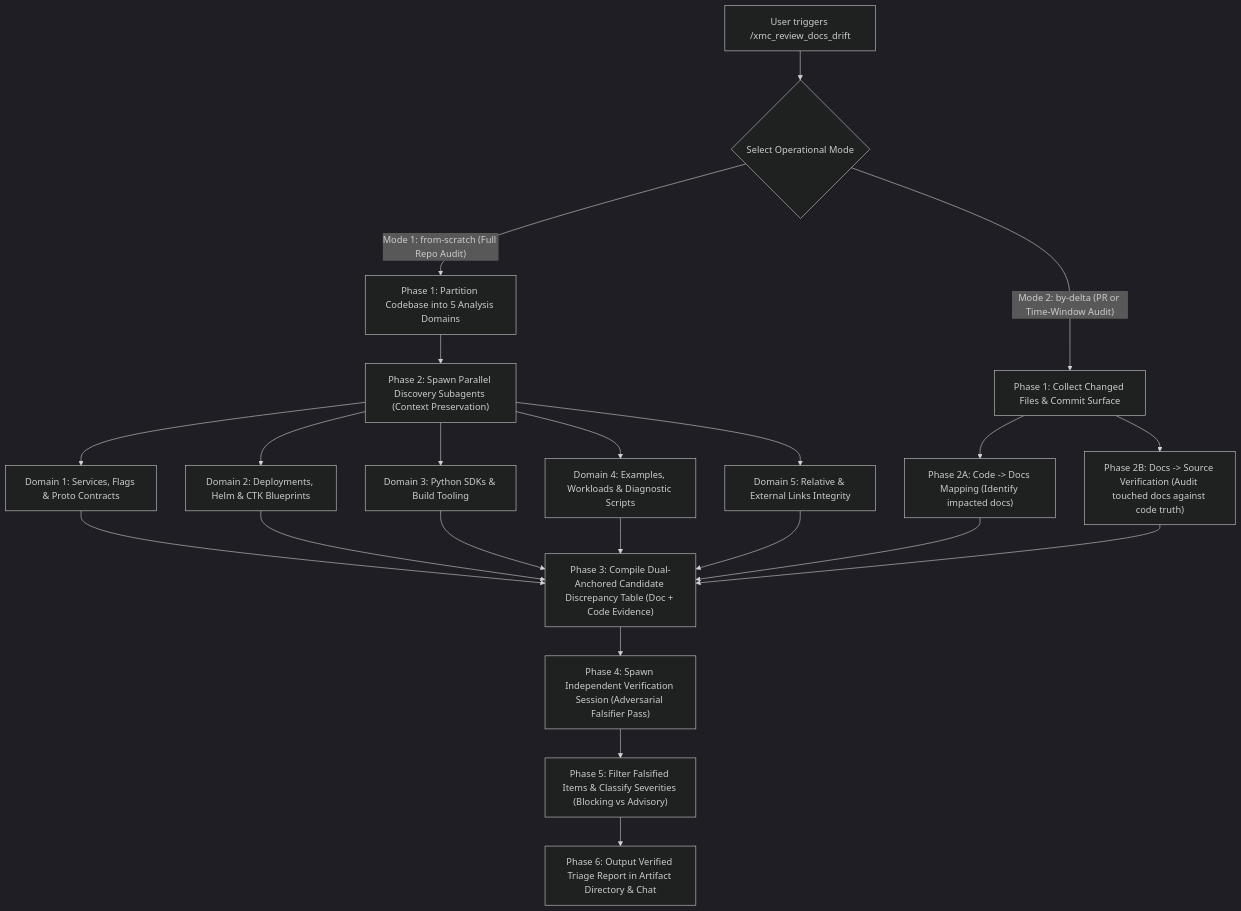
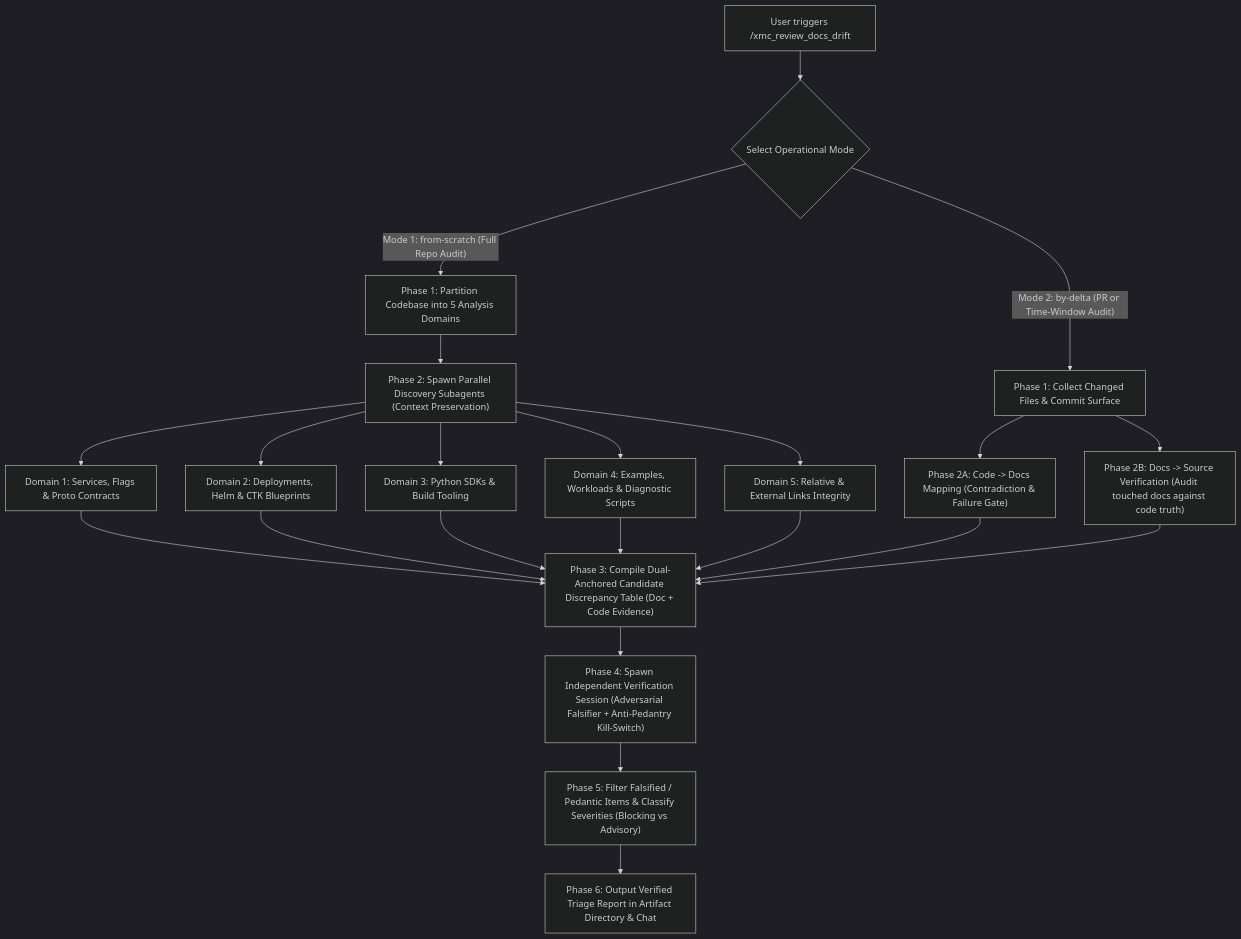
One commit to google/xmc changed the diagram in .agents/skills/xmc_review_docs_drift/SKILL.md. Above: the diagram before and after it, drawn with Mermaid (dark theme). The commit also changed other lines of this file and 2 other files, not shown here.

````diff
--- a/.agents/skills/xmc_review_docs_drift/SKILL.md
+++ b/.agents/skills/xmc_review_docs_drift/SKILL.md
@@ -21,22 +21,22 @@
 ```mermaid
 graph TD
     A["User triggers /xmc_review_docs_drift"] --> B{"Select Operational Mode"}
     
     B -->|"Mode 1: from-scratch (Full Repo Audit)"| C["Phase 1: Partition Codebase into 5 Analysis Domains"]
     C --> D["Phase 2: Spawn Parallel Discovery Subagents (Context Preservation)"]
     D --> E["Domain 1: Services, Flags & Proto Contracts"]
     D --> F["Domain 2: Deployments, Helm & CTK Blueprints"]
     D --> G["Domain 3: Python SDKs & Build Tooling"]
     D --> H["Domain 4: Examples, Workloads & Diagnostic Scripts"]
     D --> I["Domain 5: Relative & External Links Integrity"]
     E & F & G & H & I --> J["Phase 3: Compile Dual-Anchored Candidate Discrepancy Table (Doc + Code Evidence)"]
 
     B -->|"Mode 2: by-delta (PR or Time-Window Audit)"| K["Phase 1: Collect Changed Files & Commit Surface"]
-    K --> L["Phase 2A: Code -> Docs Mapping (Identify impacted docs)"]
+    K --> L["Phase 2A: Code -> Docs Mapping (Contradiction & Failure Gate)"]
     K --> M["Phase 2B: Docs -> Source Verification (Audit touched docs against code truth)"]
     L & M --> J
 
-    J --> N["Phase 4: Spawn Independent Verification Session (Adversarial Falsifier Pass)"]
-    N --> O["Phase 5: Filter Falsified Items & Classify Severities (Blocking vs Advisory)"]
+    J --> N["Phase 4: Spawn Independent Verification Session (Adversarial Falsifier + Anti-Pedantry Kill-Switch)"]
+    N --> O["Phase 5: Filter Falsified / Pedantic Items & Classify Severities (Blocking vs Advisory)"]
     O --> P["Phase 6: Output Verified Triage Report in Artifact Directory & Chat"]
 ```
````
